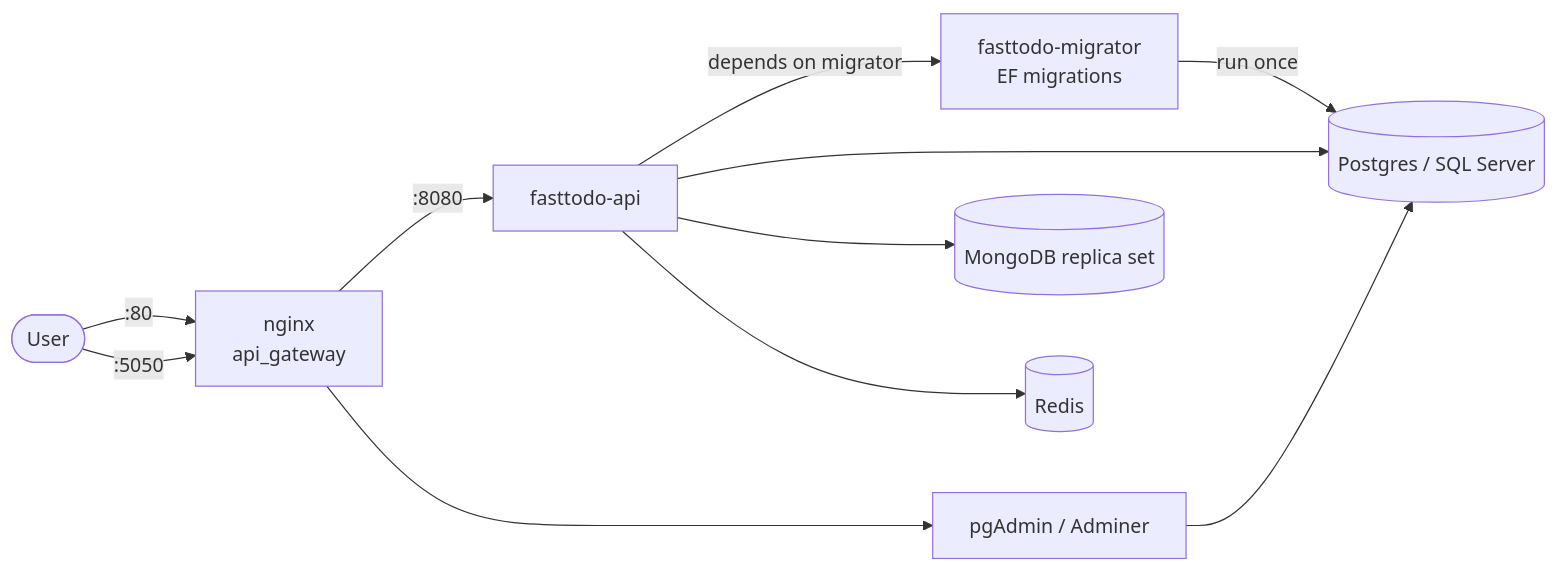
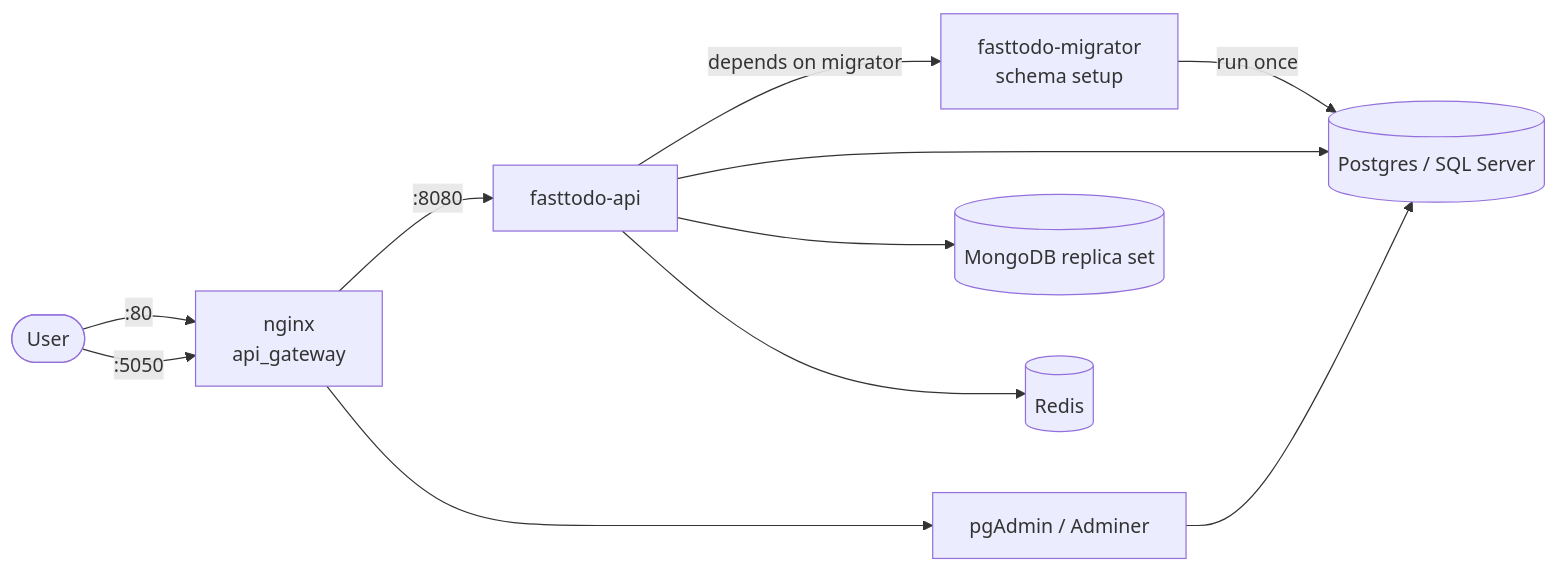
One commit to p3t3r276/todolist-net8-fastendpoint changed the second of 2 diagrams in README.md. Above: the diagram before and after it, drawn with Mermaid. The commit also changed other lines of this file and 1 other file, not shown here.

First line of the commit message:
docs: redraw high-level architecture diagram in project style

````diff
--- a/README.md
+++ b/README.md
@@ -124,13 +65,13 @@
 ```mermaid
 flowchart LR
     user([User]) -->|":80"| nginx[nginx<br/>api_gateway]
     user -->|":5050"| nginx
     nginx -->|":8080"| api[fasttodo-api]
     nginx --> admin[pgAdmin / Adminer]
-    migrator[fasttodo-migrator<br/>EF migrations] -->|run once| db[(Postgres / SQL Server)]
+    migrator[fasttodo-migrator<br/>schema setup] -->|run once| db[(Postgres / SQL Server)]
     api -->|depends on migrator| migrator
     api --> db
     api --> mongo[(MongoDB replica set)]
     api --> redis[(Redis)]
     admin --> db
 ```
````
